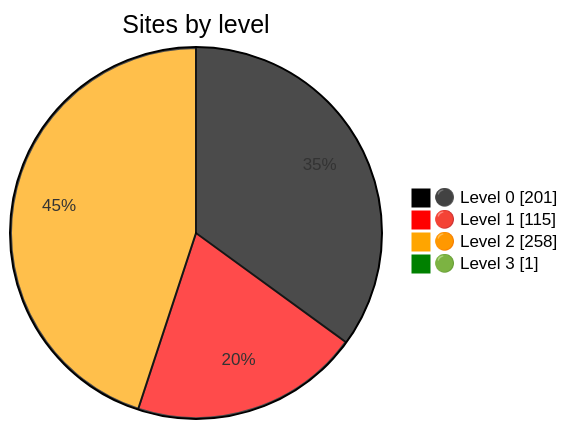
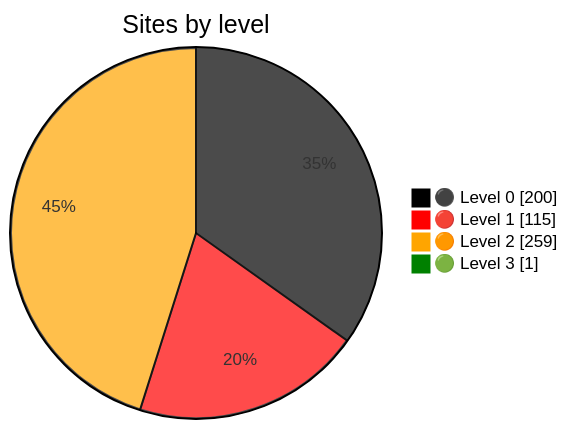
One commit to nuuuwan/gov_lk_web_auditor changed the diagram in README.md. Above: the diagram before and after it, drawn with Mermaid. The commit also changed other lines of this file and 2536 other files, not shown here.

````diff
--- a/README.md
+++ b/README.md
@@ -24,9 +24,9 @@
 ```mermaid
 %%{init: {"themeVariables":{"pie1":"black","pie2":"red","pie3":"orange","pie4":"green"}}}%%
 pie showData
     title Sites by level
-    "⚫ Level 0" : 201
+    "⚫ Level 0" : 200
     "🔴 Level 1" : 115
-    "🟠 Level 2" : 258
+    "🟠 Level 2" : 259
     "🟢 Level 3" : 1
 ```
````
